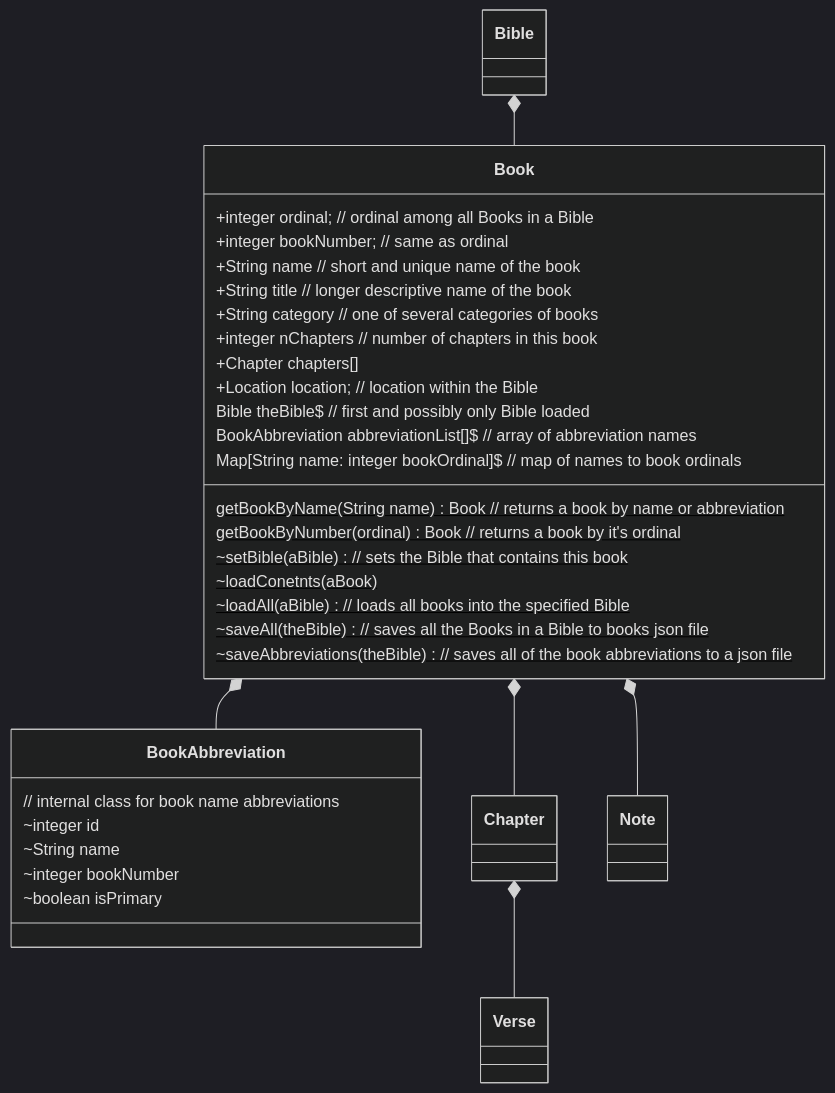
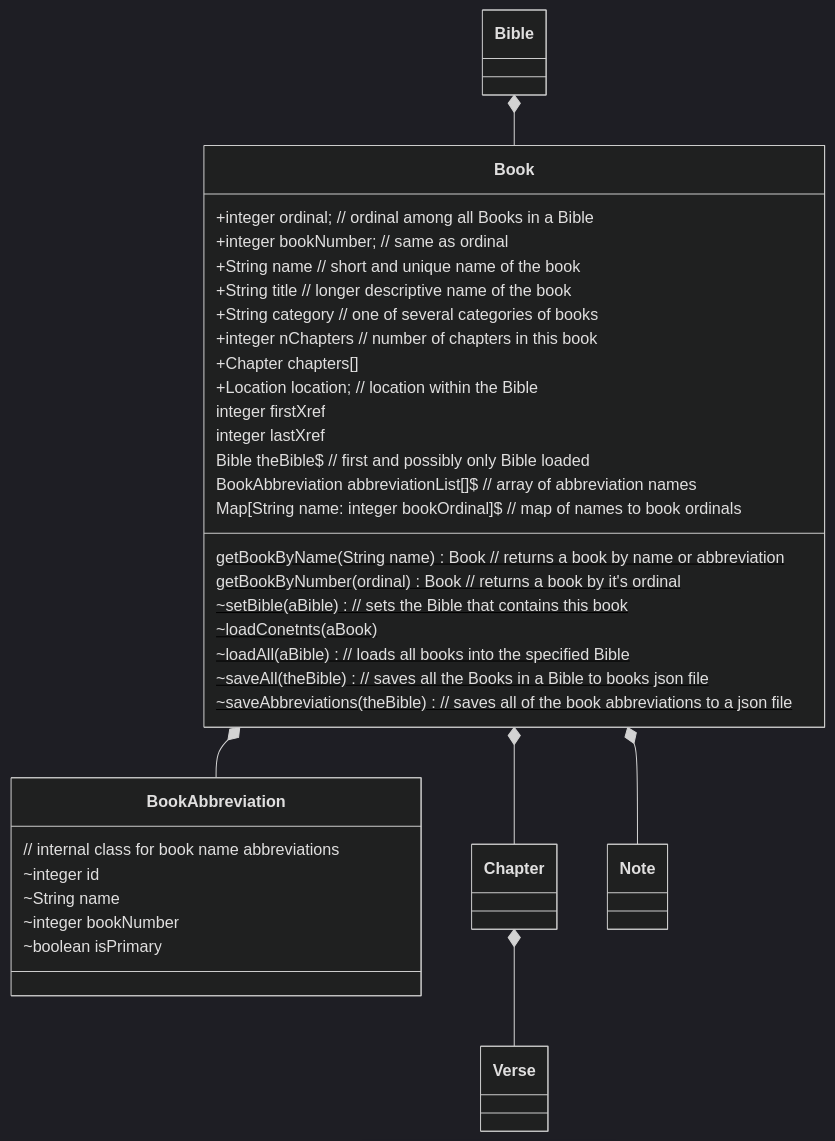
One commit to MichaelKentBurns/BibleModel changed the diagram in ObjectModel/Book.md. Above: the diagram before and after it, drawn with Mermaid (dark theme). The commit also changed 7 other files, not shown here.

````diff
--- a/ObjectModel/Book.md
+++ b/ObjectModel/Book.md
@@ -21,34 +21,36 @@
  ```mermaid
  classDiagram
   class BookAbbreviation {     // internal class for book name abbreviations
          ~integer id
          ~String name
          ~integer bookNumber
          ~boolean isPrimary
  }
  Book *-- BookAbbreviation
   class Book {
              +integer ordinal;     // ordinal among all Books in a Bible
              +integer bookNumber;   // same as ordinal
              +String name  // short and unique name of the book
              +String title  // longer descriptive name of the book
              +String category  // one of several categories of books
              +integer nChapters  // number of chapters in this book
              +Chapter chapters[]
              +Location location;   // location within the Bible
+          integer firstXref
+          integer lastXref
      Bible theBible$   // first and possibly only Bible loaded
      BookAbbreviation abbreviationList[]$   // array of abbreviation names
      Map[String name: integer bookOrdinal]$   // map of names to book ordinals
      getBookByName(String name)$ Book   // returns a book by name or abbreviation
      getBookByNumber(ordinal)$ Book   // returns a book by it's ordinal
      ~setBible(aBible)$   // sets the Bible that contains this book
      ~loadConetnts(aBook)$   
      ~loadAll(aBible)$   // loads all books into the specified Bible
      ~saveAll(theBible)$   // saves all the Books in a Bible to books json file
      ~saveAbbreviations(theBible)$   // saves all of the book abbreviations to a json file
  }
  Bible *-- Book
  Book *-- Chapter
  Chapter *-- Verse
  Book *-- Note
  ```
````
